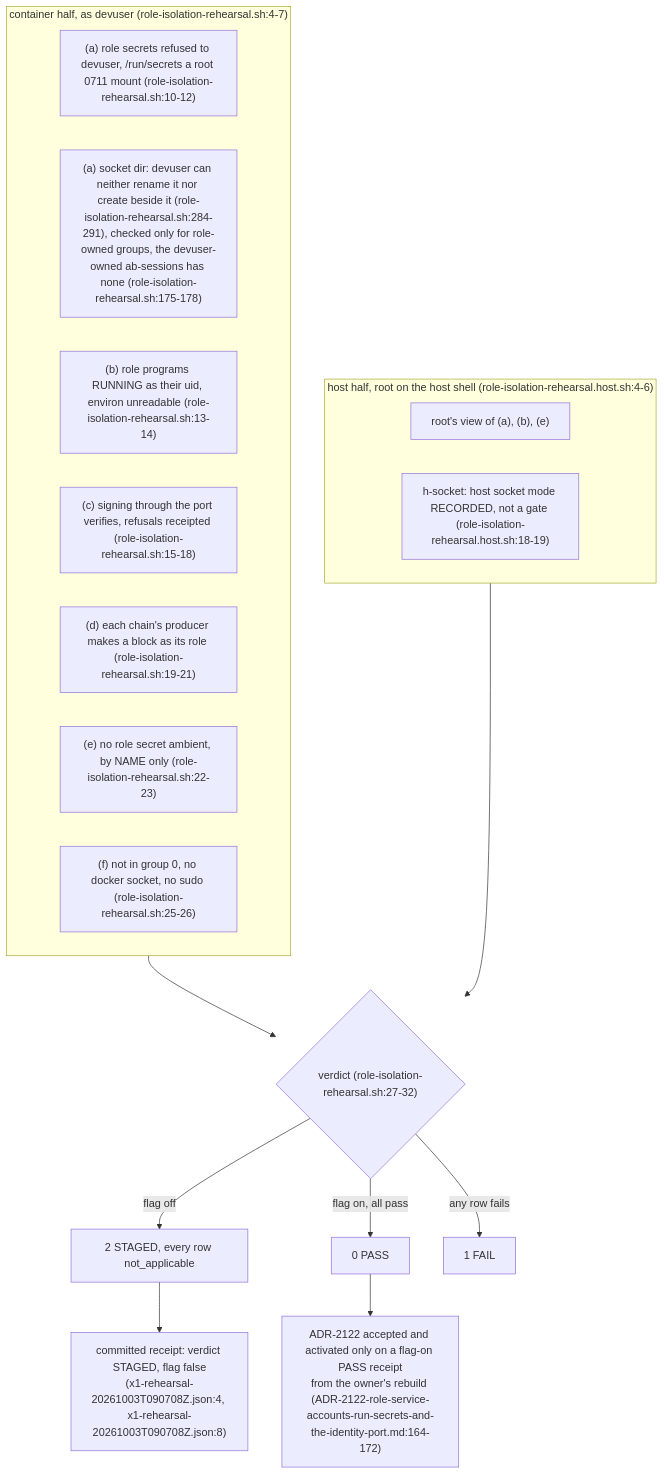
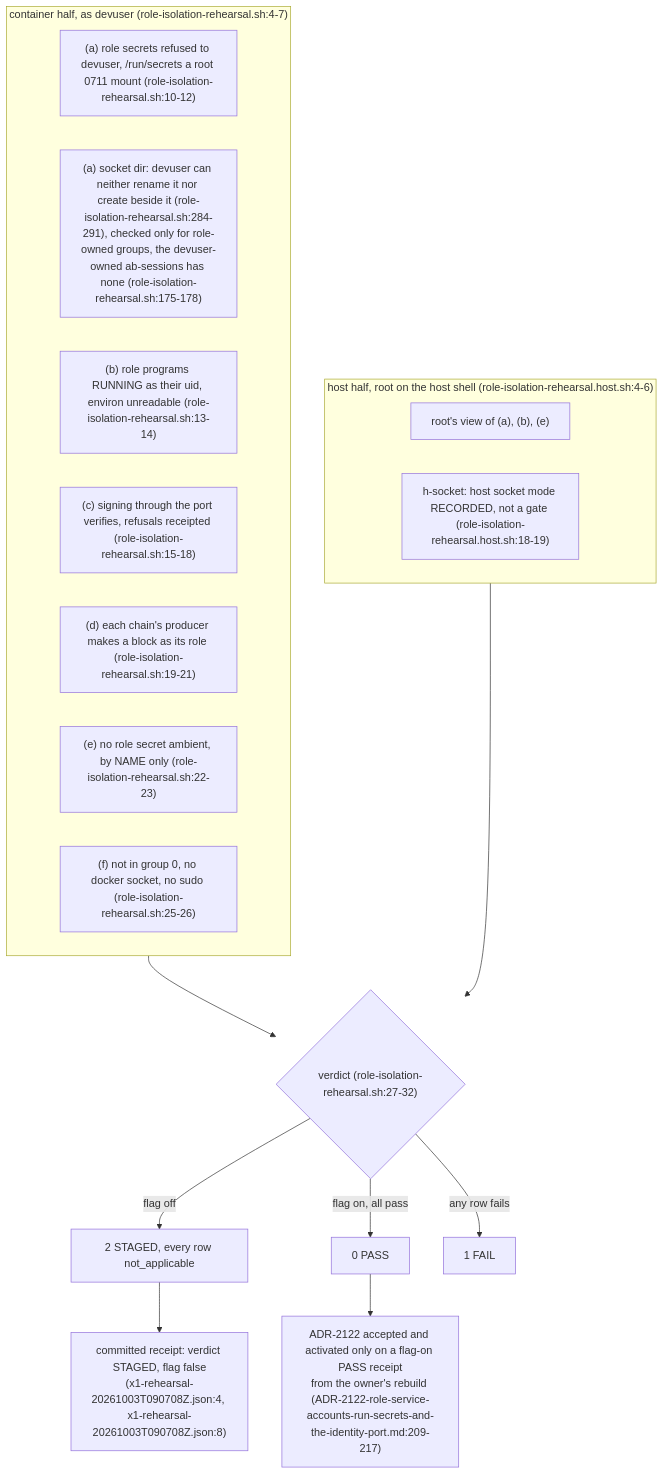
The seventh of 7 diagrams in docs/diagrams/agentbox/36-role-isolation-and-identity-port.md (DreamLab-AI/VisionFlow), drawn with Mermaid before and after one commit. The commit also changed other lines of this file and 36 other files, not shown here.

First line of the commit message:
docs(diagrams): re-derive and re-stamp agentbox, dream-engine, visioncraft, visiontouch and vowl topics; drop LAN addresses

````diff
--- a/docs/diagrams/agentbox/36-role-isolation-and-identity-port.md
+++ b/docs/diagrams/agentbox/36-role-isolation-and-identity-port.md
@@ -238,24 +250,24 @@
 ```mermaid
 flowchart TB
     subgraph IN["container half, as devuser (role-isolation-rehearsal.sh:4-7)"]
         A["(a) role secrets refused to devuser, /run/secrets a root 0711 mount (role-isolation-rehearsal.sh:10-12)"]
         A2["(a) socket dir: devuser can neither rename it nor create beside it (role-isolation-rehearsal.sh:284-291), checked only for role-owned groups, the devuser-owned ab-sessions has none (role-isolation-rehearsal.sh:175-178)"]
         B["(b) role programs RUNNING as their uid, environ unreadable (role-isolation-rehearsal.sh:13-14)"]
         C["(c) signing through the port verifies, refusals receipted (role-isolation-rehearsal.sh:15-18)"]
         D["(d) each chain's producer makes a block as its role (role-isolation-rehearsal.sh:19-21)"]
         E["(e) no role secret ambient, by NAME only (role-isolation-rehearsal.sh:22-23)"]
         F["(f) not in group 0, no docker socket, no sudo (role-isolation-rehearsal.sh:25-26)"]
     end
     subgraph HOST["host half, root on the host shell (role-isolation-rehearsal.host.sh:4-6)"]
         H1["root's view of (a), (b), (e)"]
         H2["h-socket: host socket mode RECORDED, not a gate (role-isolation-rehearsal.host.sh:18-19)"]
     end
     V{"verdict (role-isolation-rehearsal.sh:27-32)"}
     IN --> V
     HOST --> V
     V -->|"flag off"| ST["2 STAGED, every row not_applicable"]
     V -->|"flag on, all pass"| PA["0 PASS"]
     V -->|"any row fails"| FA["1 FAIL"]
     ST --> REC["committed receipt: verdict STAGED, flag false<br/>(x1-rehearsal-20261003T090708Z.json:4, x1-rehearsal-20261003T090708Z.json:8)"]
-    PA --> ACC["ADR-2122 accepted and activated only on a flag-on PASS receipt<br/>from the owner's rebuild (ADR-2122-role-service-accounts-run-secrets-and-the-identity-port.md:164-172)"]
+    PA --> ACC["ADR-2122 accepted and activated only on a flag-on PASS receipt<br/>from the owner's rebuild (ADR-2122-role-service-accounts-run-secrets-and-the-identity-port.md:209-217)"]
 ```
````
